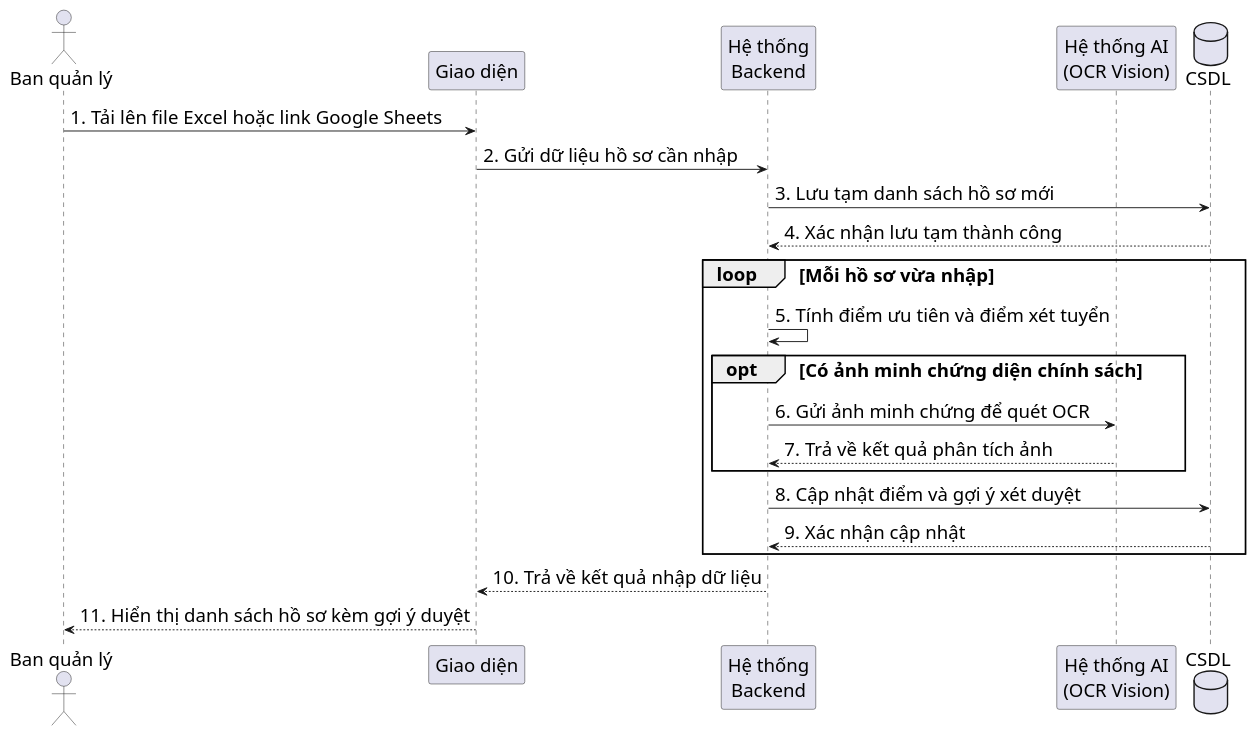
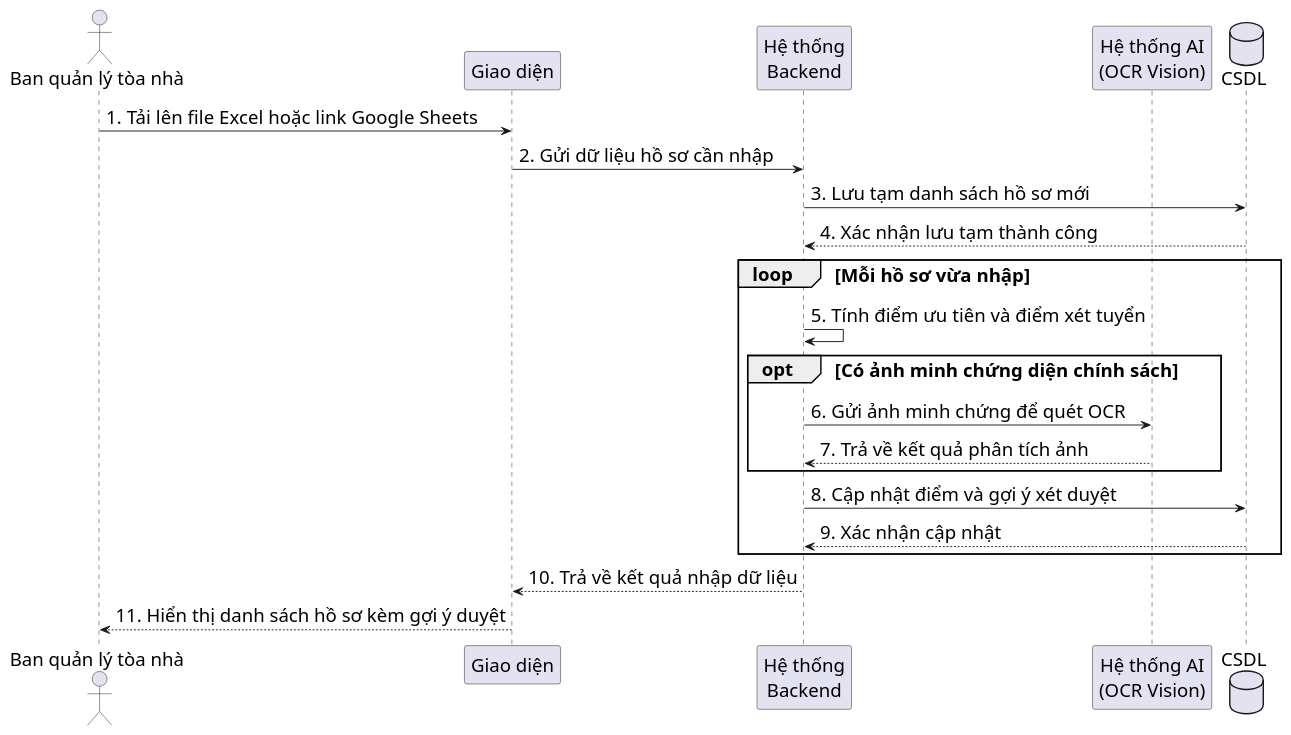
The diagram in diagrams/nhomhosodangky/registration_import_sequence.puml (s0nbuildtech287/dormitory-frontend), drawn with PlantUML before and after one commit. The commit also changed 1 other file, not shown here.

```diff
--- a/diagrams/nhomhosodangky/registration_import_sequence.puml
+++ b/diagrams/nhomhosodangky/registration_import_sequence.puml
@@ -1,29 +1,29 @@
 @startuml "Registration Import Sequence"
 skinparam defaultFontSize 20
 skinparam defaultFontName "Times New Roman"
 skinparam sequenceMessageSize 20
 
-actor "Ban quản lý" as Admin
+actor "Ban quản lý tòa nhà" as Admin
 participant "Giao diện" as FE
 participant "Hệ thống\nBackend" as BE
 participant "Hệ thống AI\n(OCR Vision)" as Vision
 database "CSDL" as DB
 
 Admin -> FE: 1. Tải lên file Excel hoặc link Google Sheets
 FE -> BE: 2. Gửi dữ liệu hồ sơ cần nhập
 BE -> DB: 3. Lưu tạm danh sách hồ sơ mới
 DB --> BE: 4. Xác nhận lưu tạm thành công
 
 loop Mỗi hồ sơ vừa nhập
   BE -> BE: 5. Tính điểm ưu tiên và điểm xét tuyển
   opt Có ảnh minh chứng diện chính sách
     BE -> Vision: 6. Gửi ảnh minh chứng để quét OCR
     Vision --> BE: 7. Trả về kết quả phân tích ảnh
   end
   BE -> DB: 8. Cập nhật điểm và gợi ý xét duyệt
   DB --> BE: 9. Xác nhận cập nhật
 end
 
 BE --> FE: 10. Trả về kết quả nhập dữ liệu
 FE --> Admin: 11. Hiển thị danh sách hồ sơ kèm gợi ý duyệt
 @enduml
```
